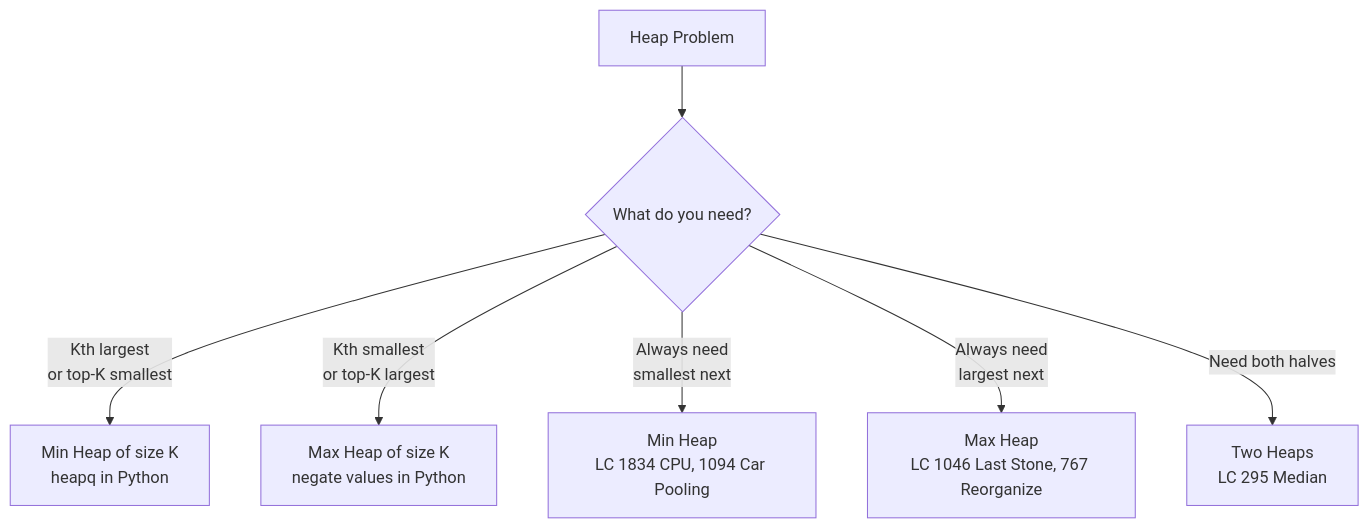
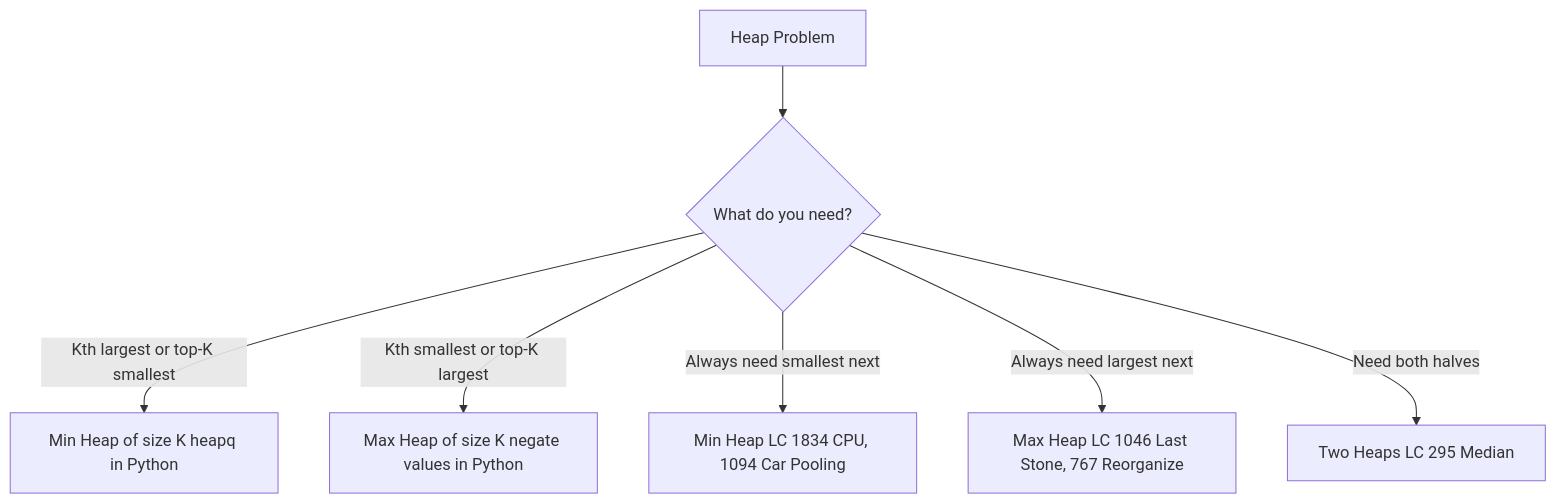
Before and after one commit to deepanshu-rawat6/AlgoAtlas: the second of 7 diagrams in heap/README.md, drawn with Mermaid. The commit also changed other lines of this file and 13 other files, not shown here.

````diff
--- a/heap/README.md
+++ b/heap/README.md
@@ -47,9 +47,9 @@
 ```mermaid
 flowchart TD
     A[Heap Problem] --> B{"What do you need?"}
-    B -- Kth largest<br>or top-K smallest --> C[Min Heap of size K<br>heapq in Python]
-    B -- Kth smallest<br>or top-K largest --> D[Max Heap of size K<br>negate values in Python]
-    B -- Always need<br>smallest next --> E[Min Heap<br>LC 1834 CPU, 1094 Car Pooling]
-    B -- Always need<br>largest next --> F[Max Heap<br>LC 1046 Last Stone, 767 Reorganize]
-    B -- Need both halves --> G[Two Heaps<br>LC 295 Median]
+    B -- Kth largest or top-K smallest --> C[Min Heap of size K heapq in Python]
+    B -- Kth smallest or top-K largest --> D[Max Heap of size K negate values in Python]
+    B -- Always need smallest next --> E[Min Heap LC 1834 CPU, 1094 Car Pooling]
+    B -- Always need largest next --> F[Max Heap LC 1046 Last Stone, 767 Reorganize]
+    B -- Need both halves --> G[Two Heaps LC 295 Median]
 ```
````
